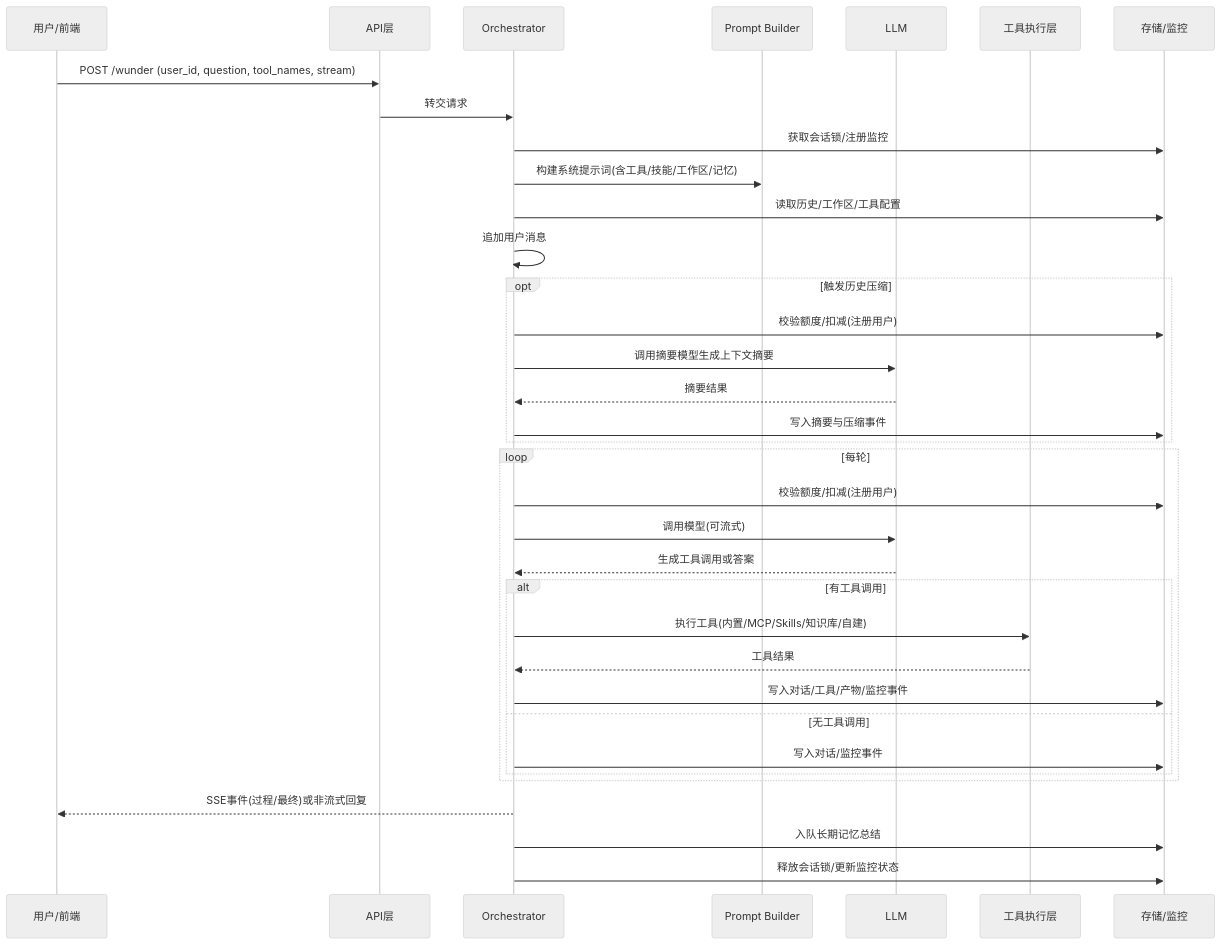
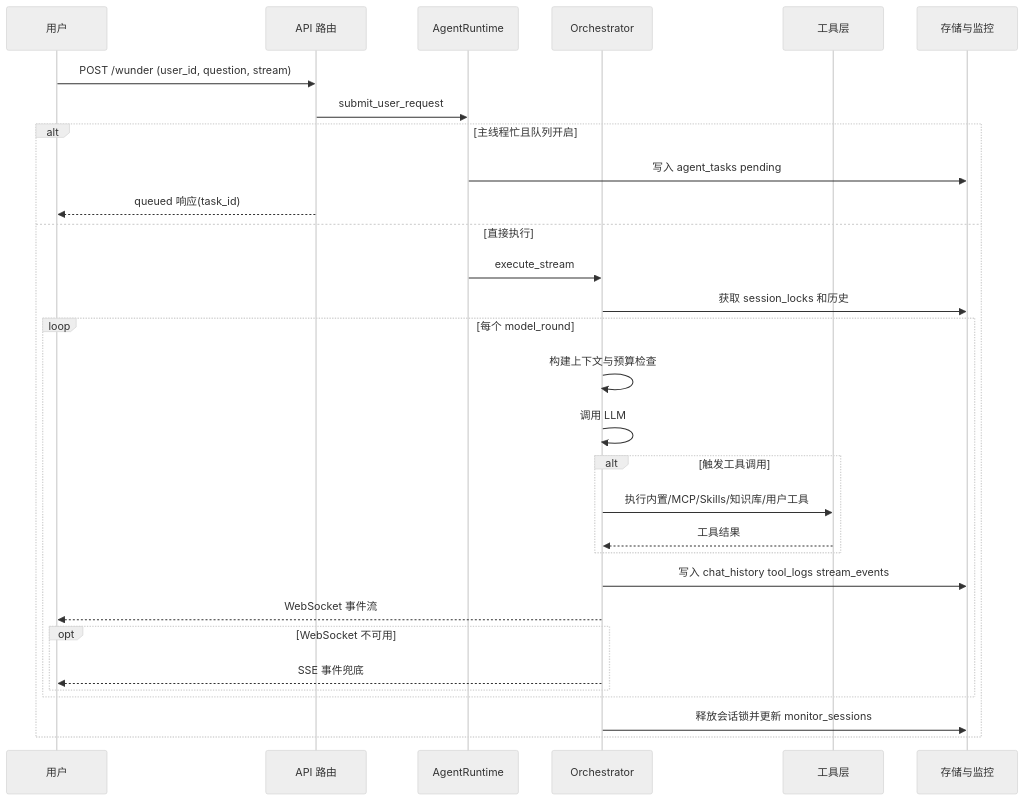
The diagram in docs/diagrams/system-intro/02-request-flow.mmd (ylsdamxssjxxdd/wunder), drawn with Mermaid (neutral theme) before and after one commit. The commit also changed 51 other files, not shown here.

```diff
--- a/docs/diagrams/system-intro/02-request-flow.mmd
+++ b/docs/diagrams/system-intro/02-request-flow.mmd
@@ -1,36 +1,31 @@
 sequenceDiagram
-  participant U as 用户/前端
-  participant API as API层
+  participant U as 用户
+  participant API as API 路由
+  participant AR as AgentRuntime
   participant O as Orchestrator
-  participant P as Prompt Builder
-  participant L as LLM
-  participant T as 工具执行层
-  participant S as 存储/监控
+  participant T as 工具层
+  participant S as 存储与监控
 
-  U->>API: POST /wunder (user_id, question, tool_names, stream)
-  API->>O: 转交请求
-  O->>S: 获取会话锁/注册监控
-  O->>P: 构建系统提示词(含工具/技能/工作区/记忆)
-  O->>S: 读取历史/工作区/工具配置
-  O->>O: 追加用户消息
-  opt 触发历史压缩
-    O->>S: 校验额度/扣减(注册用户)
-    O->>L: 调用摘要模型生成上下文摘要
-    L-->>O: 摘要结果
-    O->>S: 写入摘要与压缩事件
+  U->>API: POST /wunder (user_id, question, stream)
+  API->>AR: submit_user_request
+  alt 主线程忙且队列开启
+    AR->>S: 写入 agent_tasks pending
+    API-->>U: queued 响应(task_id)
+  else 直接执行
+    AR->>O: execute_stream
+    O->>S: 获取 session_locks 和历史
+    loop 每个 model_round
+      O->>O: 构建上下文与预算检查
+      O->>O: 调用 LLM
+      alt 触发工具调用
+        O->>T: 执行内置/MCP/Skills/知识库/用户工具
+        T-->>O: 工具结果
+      end
+      O->>S: 写入 chat_history tool_logs stream_events
+      O-->>U: WebSocket 事件流
+      opt WebSocket 不可用
+        O-->>U: SSE 事件兜底
+      end
+    end
+    O->>S: 释放会话锁并更新 monitor_sessions
   end
-  loop 每轮
-    O->>S: 校验额度/扣减(注册用户)
-    O->>L: 调用模型(可流式)
-    L-->>O: 生成工具调用或答案
-    alt 有工具调用
-      O->>T: 执行工具(内置/MCP/Skills/知识库/自建)
-      T-->>O: 工具结果
-      O->>S: 写入对话/工具/产物/监控事件
-    else 无工具调用
-      O->>S: 写入对话/监控事件
-    end
-  end
-  O-->>U: SSE事件(过程/最终)或非流式回复
-  O->>S: 入队长期记忆总结
-  O->>S: 释放会话锁/更新监控状态
```
